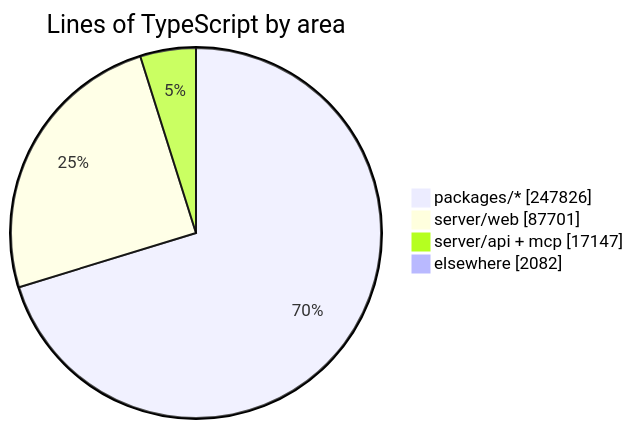
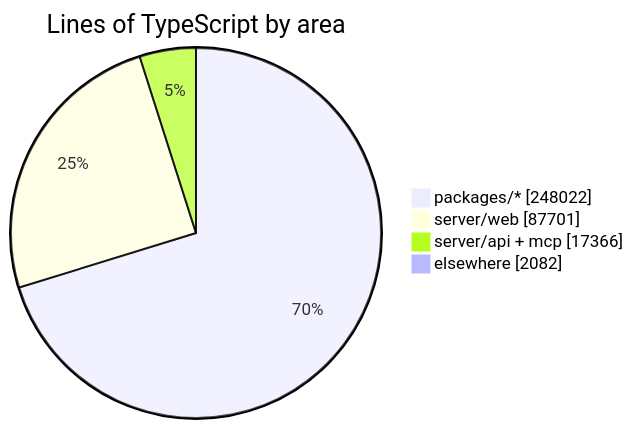
One commit to crossworks-engineering/mantle changed the diagram in README.md. Above: the diagram before and after it, drawn with Mermaid. The commit also changed other lines of this file and 2 other files, not shown here.

````diff
--- a/README.md
+++ b/README.md
@@ -287,7 +287,7 @@
 ```mermaid
 pie showData title Lines of TypeScript by area
-    "packages/*" : 247826
+    "packages/*" : 248022
     "server/web" : 87701
-    "server/api + mcp" : 17147
+    "server/api + mcp" : 17366
     "elsewhere" : 2082
 ```
````
